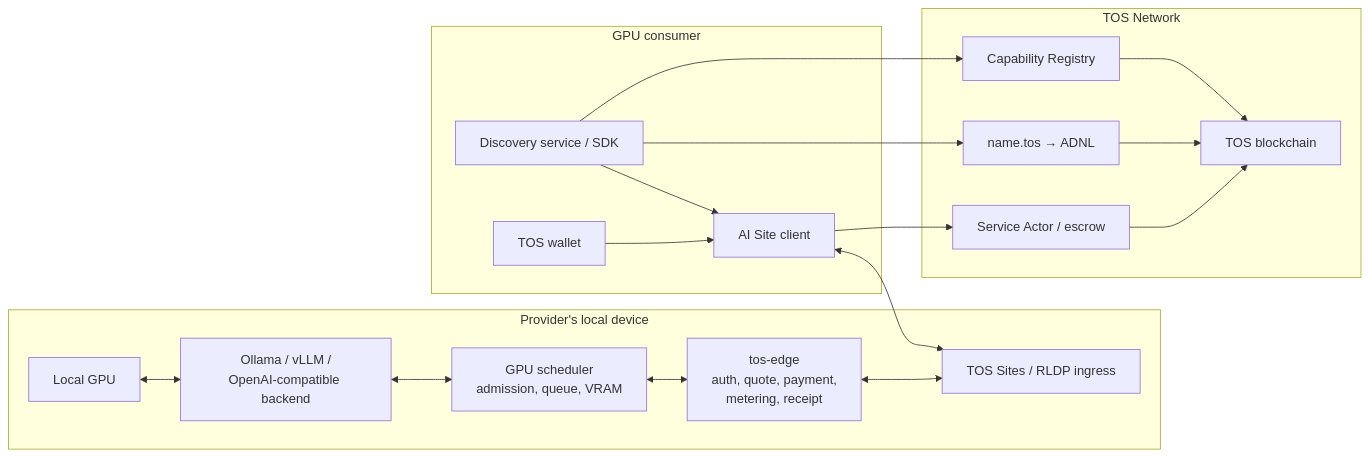
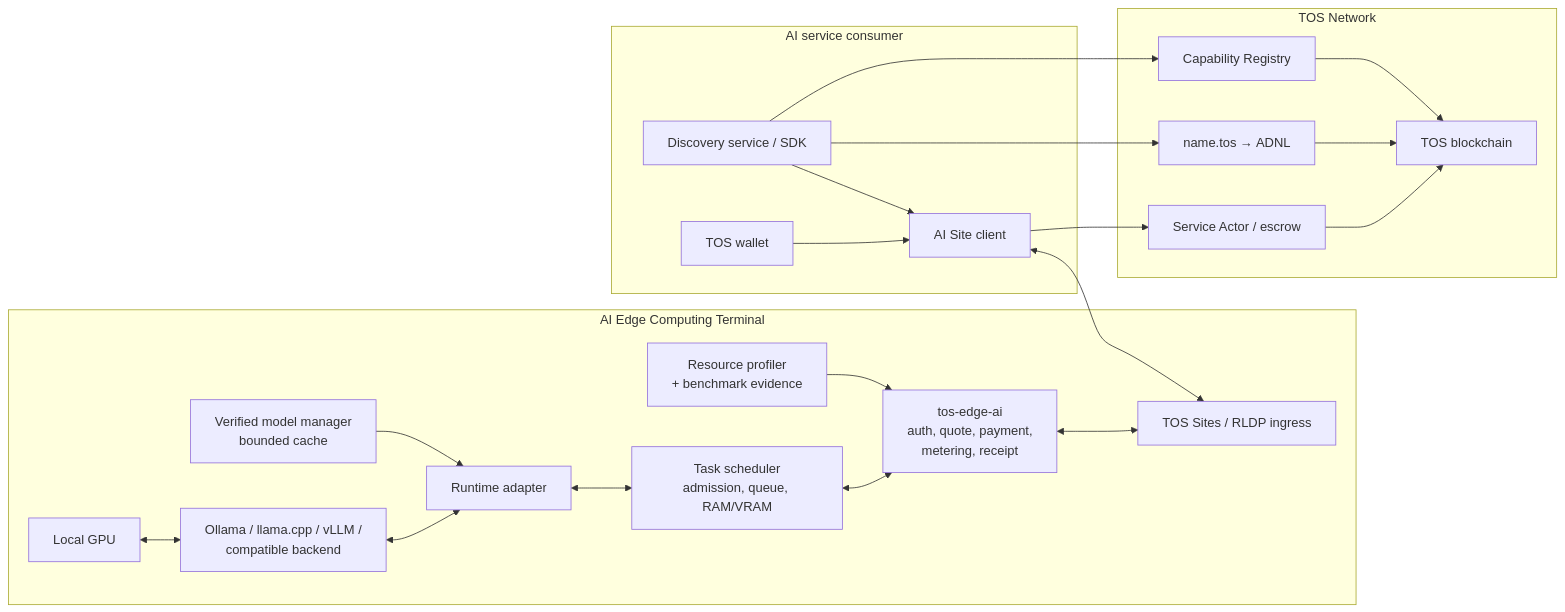
Before and after one commit to tosnetwork/tos: the first of 2 diagrams in doc/local-gpu-sharing-use-case.md, drawn with Mermaid. The commit also changed other lines of this file and 15 other files, not shown here.

Commit message:
Reposition TOS around AI edge service terminals

````diff
--- a/doc/local-gpu-sharing-use-case.md
+++ b/doc/local-gpu-sharing-use-case.md
@@ -119,40 +125,46 @@
 ```mermaid
 flowchart LR
-    subgraph Provider["Provider's local device"]
+    subgraph Provider["AI Edge Computing Terminal"]
         GPU["Local GPU"]
-        Backend["Ollama / vLLM /<br/>OpenAI-compatible backend"]
-        Scheduler["GPU scheduler<br/>admission, queue, VRAM"]
-        Edge["tos-edge<br/>auth, quote, payment,<br/>metering, receipt"]
+        Profiler["Resource profiler<br/>+ benchmark evidence"]
+        Models["Verified model manager<br/>bounded cache"]
+        Adapter["Runtime adapter"]
+        Backend["Ollama / llama.cpp / vLLM /<br/>compatible backend"]
+        Scheduler["Task scheduler<br/>admission, queue, RAM/VRAM"]
+        Edge["tos-edge-ai<br/>auth, quote, payment,<br/>metering, receipt"]
         Ingress["TOS Sites / RLDP ingress"]
 
+        Profiler --> Edge
+        Models --> Adapter
         GPU <--> Backend
-        Backend <--> Scheduler
+        Backend <--> Adapter
+        Adapter <--> Scheduler
         Scheduler <--> Edge
         Edge <--> Ingress
     end
 
     subgraph Network["TOS Network"]
         DNS["name.tos → ADNL"]
         Registry["Capability Registry"]
         Payment["Service Actor / escrow"]
         Chain["TOS blockchain"]
 
         DNS --> Chain
         Registry --> Chain
         Payment --> Chain
     end
 
-    subgraph Consumer["GPU consumer"]
+    subgraph Consumer["AI service consumer"]
         Discovery["Discovery service / SDK"]
         Client["AI Site client"]
         Wallet["TOS wallet"]
 
         Discovery --> Client
         Wallet --> Client
     end
 
     Discovery --> DNS
     Discovery --> Registry
     Client <--> Ingress
     Client --> Payment
 ```
````
